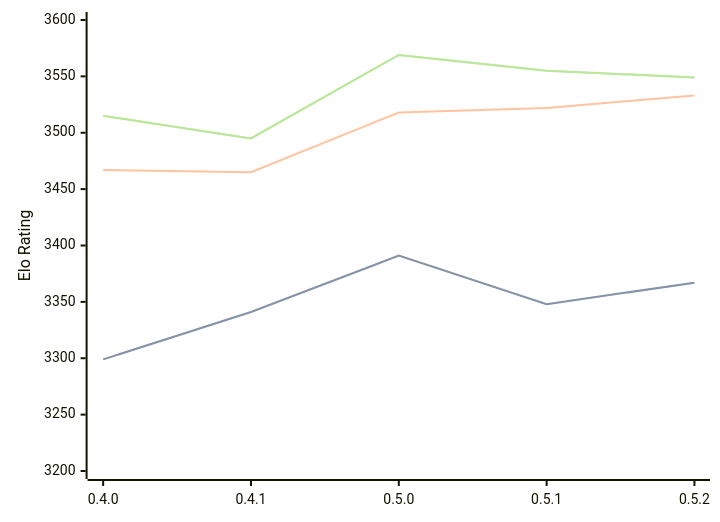
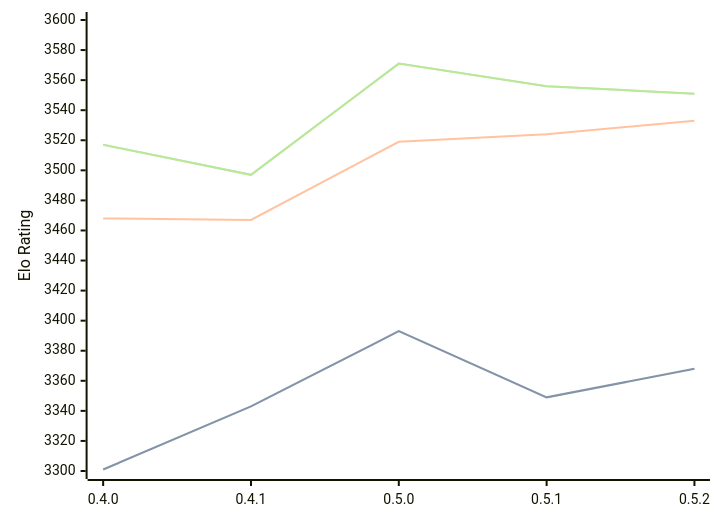
One commit to computer-chess-index/cci changed the diagram in engines/Cinder.md. Above: the diagram before and after it, drawn with Mermaid. The commit also changed other lines of this file, not shown here.

Commit message:
Update CCI Ratings (ELO VLTC) - 2026-08-09

````diff
--- a/engines/Cinder.md
+++ b/engines/Cinder.md
@@ -36,11 +36,11 @@
 ```mermaid
 %%{init: {"theme":"base","themeVariables":{"seriesColors:['#a3a3a3','#222221','#faa371']}}}%%
 xychart-beta
   x-axis ["0.4.0", "0.4.1", "0.5.0", "0.5.1", "0.5.2"]
-  y-axis "Elo Rating" 3200 --> 3600
-  line "STC (8.0+0.08s)" [3299, 3341, 3391, 3348, 3367]
-  line "STC (8.0+0.08s)" [3299, 3341, 3391, 3348, 3367]
-  line "LTC (60.0+0.60s)" [3467, 3465, 3518, 3522, 3533]
-  line "VLTC (2m24s+1.12s)" [3515, 3495, 3569, 3555, 3549]
-  line "VLTC (2m24s+1.12s)" [3515, 3495, 3569, 3555, 3549]
+  y-axis "Elo Rating" 3300 --> 3600
+  line "STC (8.0+0.08s)" [3301, 3343, 3393, 3349, 3368]
+  line "STC (8.0+0.08s)" [3301, 3343, 3393, 3349, 3368]
+  line "LTC (60.0+0.60s)" [3468, 3467, 3519, 3524, 3533]
+  line "VLTC (2m24s+1.12s)" [3517, 3497, 3571, 3556, 3551]
+  line "VLTC (2m24s+1.12s)" [3517, 3497, 3571, 3556, 3551]
 ```
````
